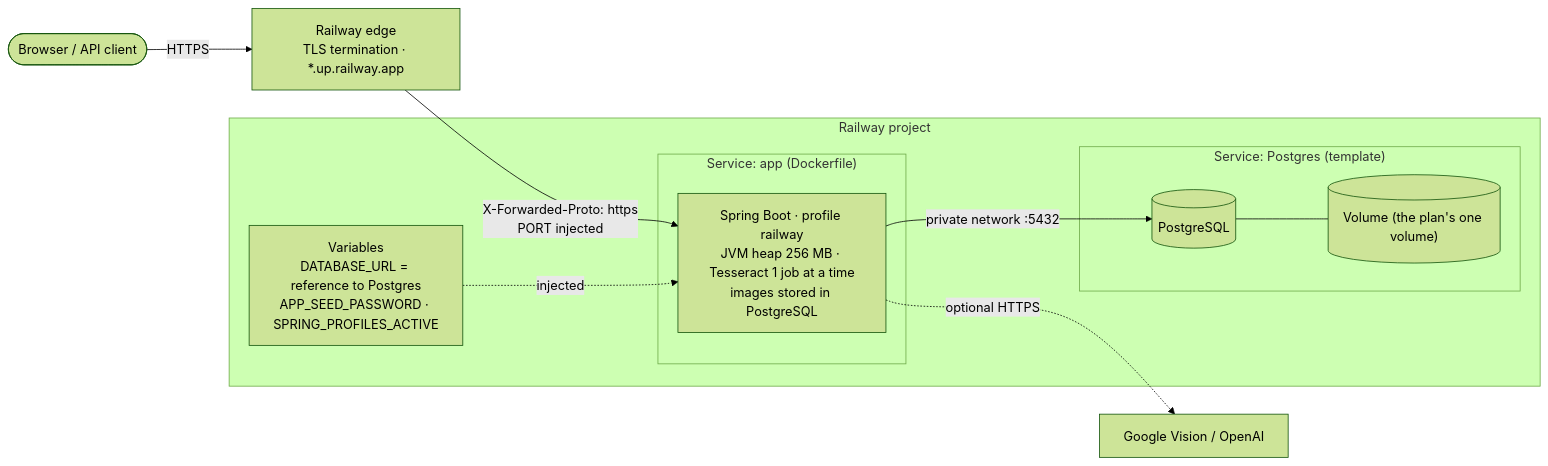
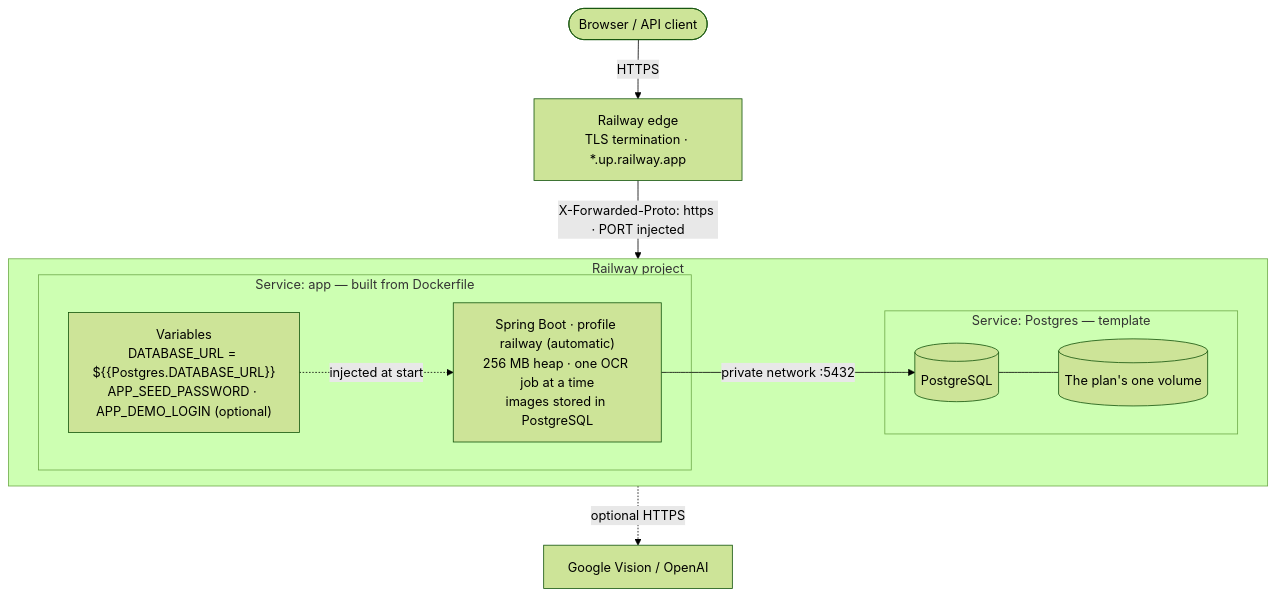
One commit to SarvariVin/ttb-label-verification changed the diagram in docs/diagrams/15-infra-railway.mmd. Above: the diagram before and after it, drawn with Mermaid (forest theme). The commit also changed 251 other files, not shown here.

```diff
--- a/docs/diagrams/15-infra-railway.mmd
+++ b/docs/diagrams/15-infra-railway.mmd
@@ -1,18 +1,21 @@
 %% Infrastructure — Railway deployment (free or Hobby plan)
-flowchart LR
+flowchart TB
     users(["Browser / API client"]) -->|"HTTPS"| edge["Railway edge<br/>TLS termination · *.up.railway.app"]
+
     subgraph project["Railway project"]
-        subgraph appsvc["Service: app (Dockerfile)"]
-            app["Spring Boot · profile railway<br/>JVM heap 256 MB · Tesseract 1 job at a time<br/>images stored in PostgreSQL"]
+        direction LR
+        subgraph appsvc["Service: app — built from Dockerfile"]
+            app["Spring Boot · profile railway (automatic)<br/>256 MB heap · one OCR job at a time<br/>images stored in PostgreSQL"]
+            vars["Variables<br/>DATABASE_URL = ${{Postgres.DATABASE_URL}}<br/>APP_SEED_PASSWORD · APP_DEMO_LOGIN (optional)"]
         end
-        subgraph dbsvc["Service: Postgres (template)"]
+        subgraph dbsvc["Service: Postgres — template"]
             pg[("PostgreSQL")]
-            vol[("Volume (the plan's one volume)")]
+            vol[("The plan's one volume")]
         end
-        vars["Variables<br/>DATABASE_URL = reference to Postgres<br/>APP_SEED_PASSWORD · SPRING_PROFILES_ACTIVE"]
     end
-    edge -->|"X-Forwarded-Proto: https<br/>PORT injected"| app
+
+    edge -->|"X-Forwarded-Proto: https · PORT injected"| app
+    vars -. "injected at start" .-> app
     app -->|"private network :5432"| pg
     pg --- vol
-    vars -. injected .-> app
     app -. "optional HTTPS" .-> ai["Google Vision / OpenAI"]
```
